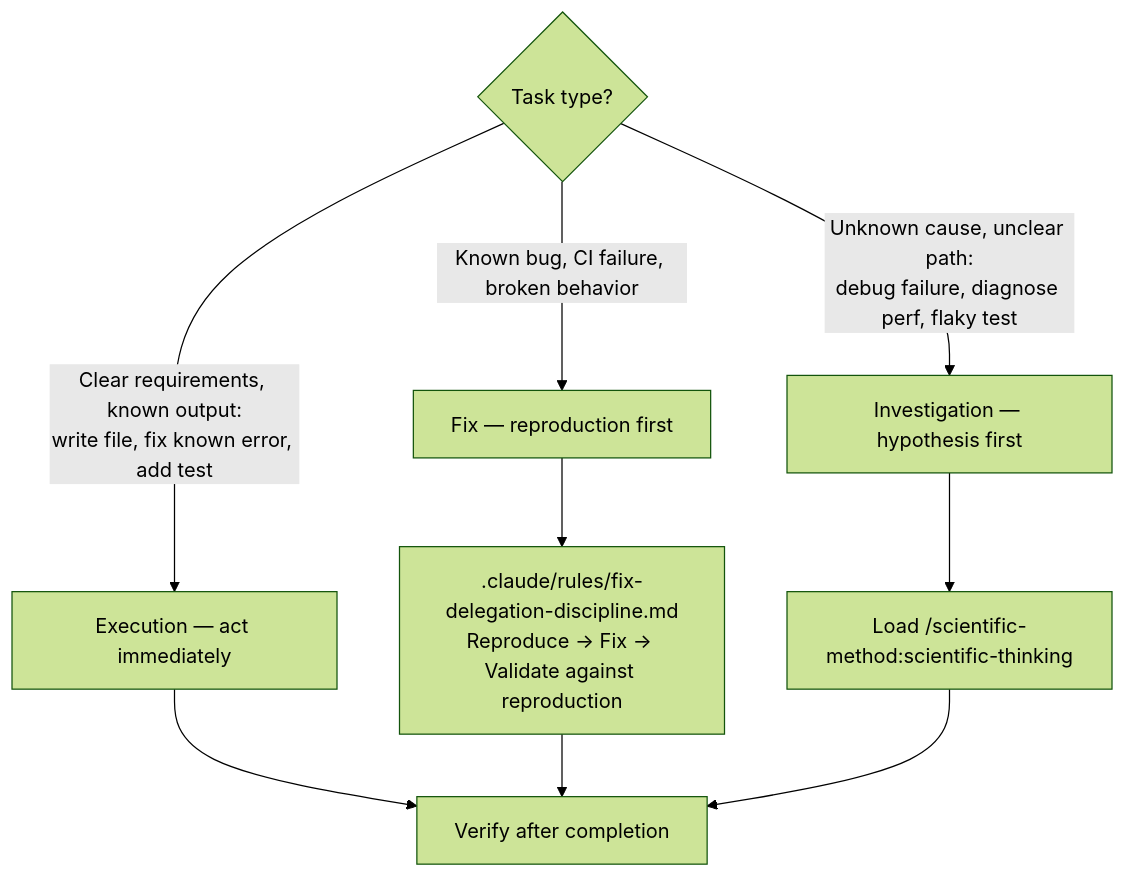
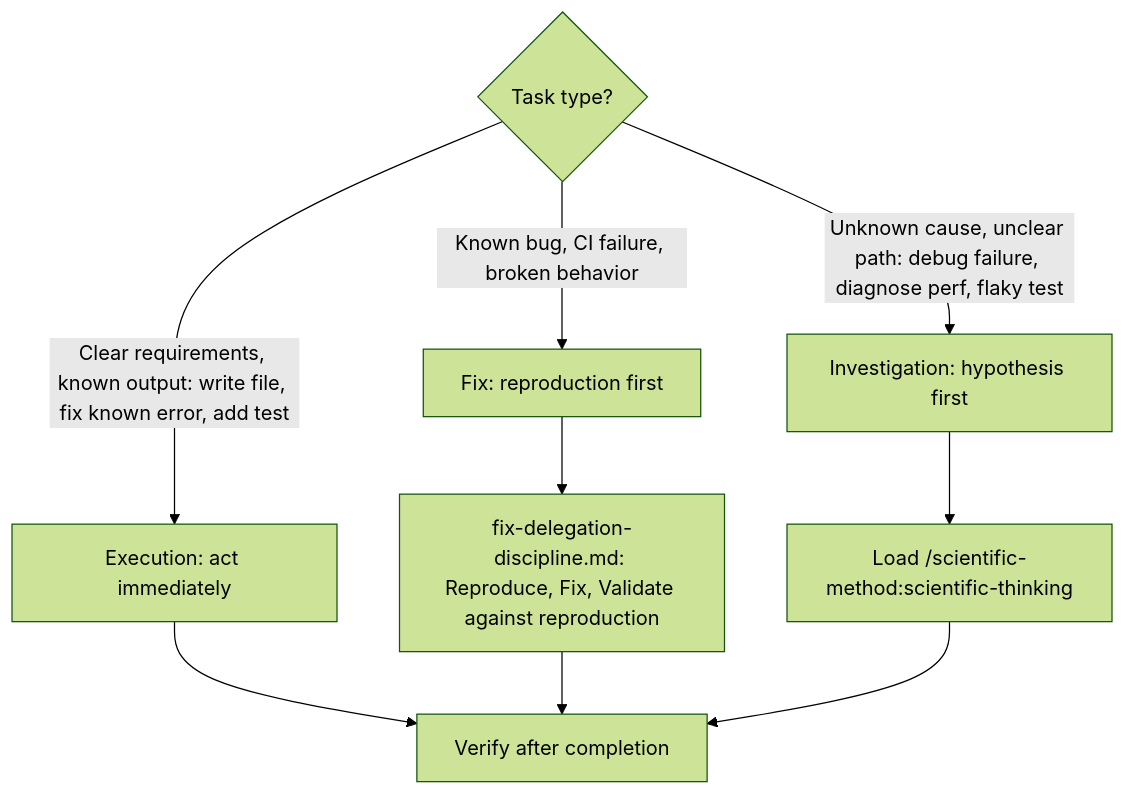
Before and after one commit to chgreer1070/claude_skills: the second of 5 diagrams in .claude/CLAUDE.md, drawn with Mermaid (forest theme). The commit also changed other lines of this file and 249 other files, not shown here.

````diff
--- a/.claude/CLAUDE.md
+++ b/.claude/CLAUDE.md
@@ -110,11 +106,11 @@
 ```mermaid
 flowchart TD
     T{Task type?}
-    T -->|"Clear requirements, known output:<br>write file, fix known error, add test"| Exec[Execution — act immediately]
-    T -->|"Known bug, CI failure, broken behavior"| Fix[Fix — reproduction first]
-    T -->|"Unknown cause, unclear path:<br>debug failure, diagnose perf, flaky test"| Inv[Investigation — hypothesis first]
+    T -->|"Clear requirements, known output: write file, fix known error, add test"| Exec[Execution: act immediately]
+    T -->|"Known bug, CI failure, broken behavior"| Fix[Fix: reproduction first]
+    T -->|"Unknown cause, unclear path: debug failure, diagnose perf, flaky test"| Inv[Investigation: hypothesis first]
     Exec --> V[Verify after completion]
-    Fix --> FD[".claude/rules/fix-delegation-discipline.md<br>Reproduce → Fix → Validate against reproduction"]
+    Fix --> FD["fix-delegation-discipline.md: Reproduce, Fix, Validate against reproduction"]
     FD --> V
     Inv --> H[Load /scientific-method:scientific-thinking] --> V
 ```
````
